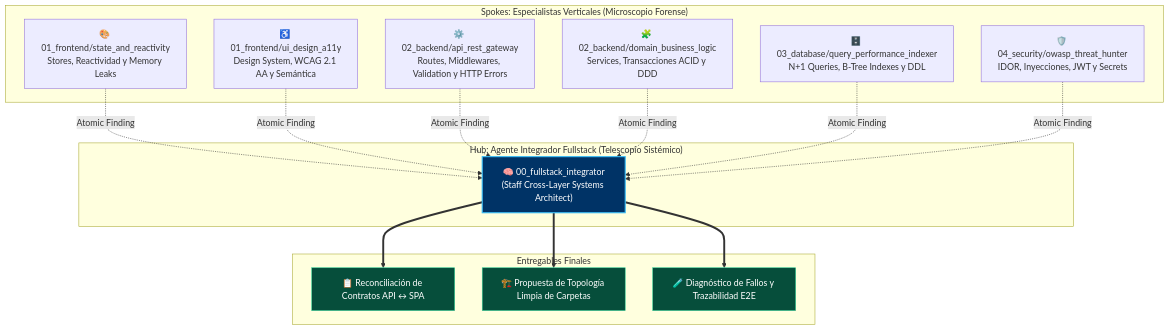
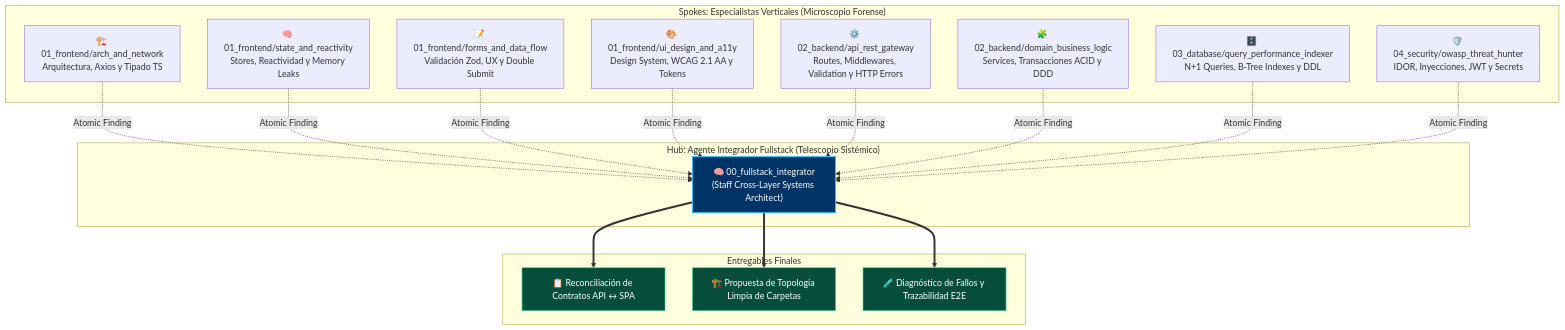
Before and after one commit to DanExl24/ai-agentic-audit-kit: the diagram in README.md, drawn with Mermaid. The commit also changed other lines of this file and 24 other files, not shown here.

````diff
--- a/README.md
+++ b/README.md
@@ -11,37 +11,41 @@
 ```mermaid
 flowchart TD
     subgraph "Spokes: Especialistas Verticales (Microscopio Forense)"
-        F1["🎨 01_frontend/state_and_reactivity<br/>Stores, Reactividad y Memory Leaks"]
-        F2["♿ 01_frontend/ui_design_a11y<br/>Design System, WCAG 2.1 AA y Semántica"]
+        F1["🏗️ 01_frontend/arch_and_network<br/>Arquitectura, Axios y Tipado TS"]
+        F2["🧠 01_frontend/state_and_reactivity<br/>Stores, Reactividad y Memory Leaks"]
+        F3["📝 01_frontend/forms_and_data_flow<br/>Validación Zod, UX y Double Submit"]
+        F4["🎨 01_frontend/ui_design_and_a11y<br/>Design System, WCAG 2.1 AA y Tokens"]
         B1["⚙️ 02_backend/api_rest_gateway<br/>Routes, Middlewares, Validation y HTTP Errors"]
         B2["🧩 02_backend/domain_business_logic<br/>Services, Transacciones ACID y DDD"]
         D1["🗄️ 03_database/query_performance_indexer<br/>N+1 Queries, B-Tree Indexes y DDL"]
         S1["🛡️ 04_security/owasp_threat_hunter<br/>IDOR, Inyecciones, JWT y Secrets"]
     end
 
     subgraph "Hub: Agente Integrador Fullstack (Telescopio Sistémico)"
         HUB["🧠 00_fullstack_integrator<br/>(Staff Cross-Layer Systems Architect)"]
     end
 
     subgraph "Entregables Finales"
         OUT1["📋 Reconciliación de Contratos API ↔ SPA"]
         OUT2["🏗️ Propuesta de Topología Limpia de Carpetas"]
         OUT3["🧪 Diagnóstico de Fallos y Trazabilidad E2E"]
     end
 
     F1 -.->|Atomic Finding| HUB
     F2 -.->|Atomic Finding| HUB
+    F3 -.->|Atomic Finding| HUB
+    F4 -.->|Atomic Finding| HUB
     B1 -.->|Atomic Finding| HUB
     B2 -.->|Atomic Finding| HUB
     D1 -.->|Atomic Finding| HUB
     S1 -.->|Atomic Finding| HUB
 
     HUB ==> OUT1
     HUB ==> OUT2
     HUB ==> OUT3
 
     style HUB fill:#003366,stroke:#38bdf8,color:#ffffff,stroke-width:2px
     style OUT1 fill:#064e3b,stroke:#34d399,color:#ffffff
     style OUT2 fill:#064e3b,stroke:#34d399,color:#ffffff
     style OUT3 fill:#064e3b,stroke:#34d399,color:#ffffff
 ```
````
